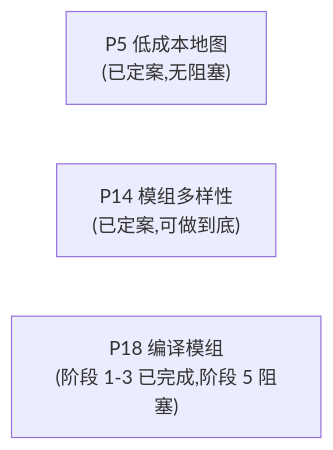
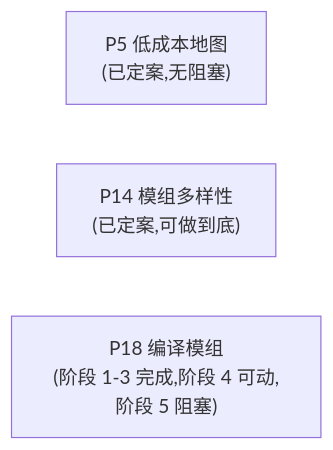
One commit to Mzihong/coc-keeper-kit changed the diagram in update_plan/README.md. Above: the diagram before and after it, drawn with Mermaid. The commit also changed other lines of this file and 2 other files, not shown here.

````diff
--- a/update_plan/README.md
+++ b/update_plan/README.md
@@ -26,6 +26,6 @@
 ```mermaid
 graph LR
     P5["P5 低成本地图<br/>(已定案,无阻塞)"]
     P14["P14 模组多样性<br/>(已定案,可做到底)"]
-    P18["P18 编译模组<br/>(阶段 1-3 已完成,阶段 5 阻塞)"]
+    P18["P18 编译模组<br/>(阶段 1-3 完成,阶段 4 可动,阶段 5 阻塞)"]
 ```
````
